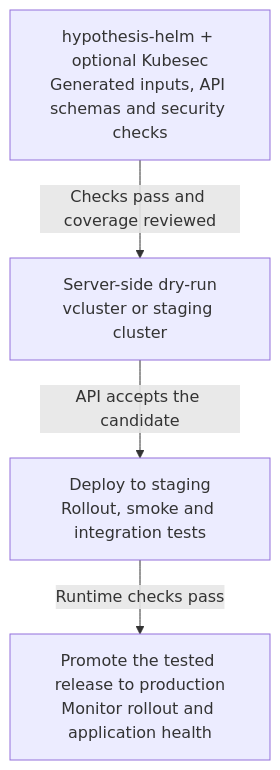
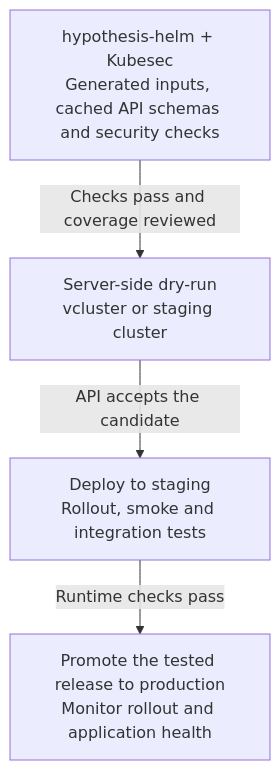
The diagram in README.md (actions-marketplace-validations/astrivant_hypothesis-helm), drawn with Mermaid before and after one commit. The commit also changed other lines of this file and 1 other file, not shown here.

````diff
--- a/README.md
+++ b/README.md
@@ -172,10 +174,10 @@
 ```mermaid
 flowchart TD
-    tests["hypothesis-helm + optional Kubesec<br/>Generated inputs, API schemas and security checks"]
+    tests["hypothesis-helm + Kubesec<br/>Generated inputs, cached API schemas and security checks"]
     admission["Server-side dry-run<br/>vcluster or staging cluster"]
     staging["Deploy to staging<br/>Rollout, smoke and integration tests"]
     production["Promote the tested release to production<br/>Monitor rollout and application health"]
     tests -->|Checks pass and coverage reviewed| admission
     admission -->|API accepts the candidate| staging
     staging -->|Runtime checks pass| production
 ```
````
